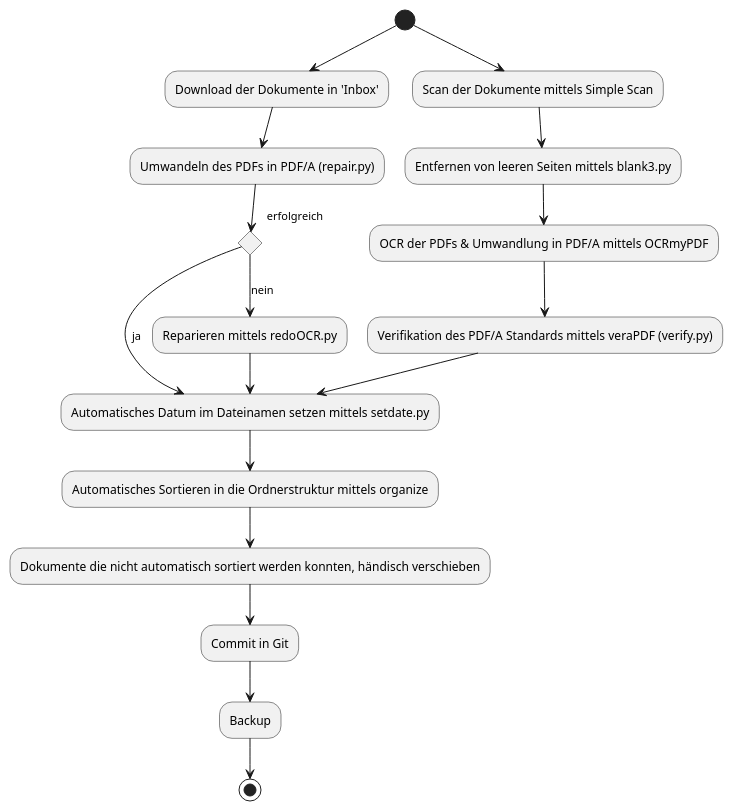
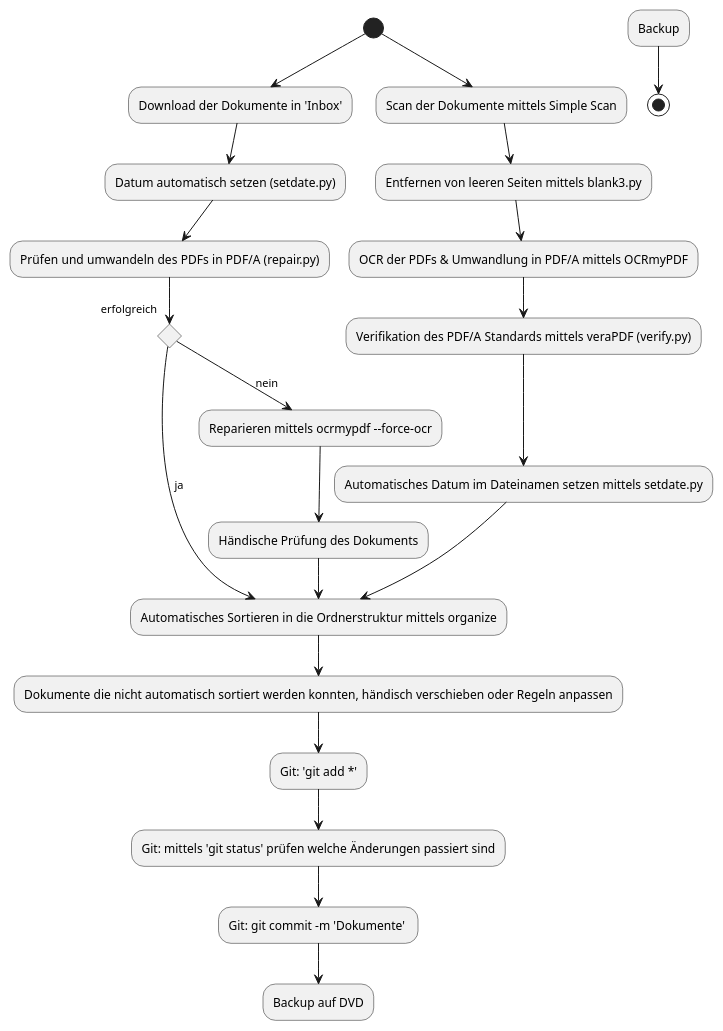
One commit to rsmuc/rsmuc.github.io changed the diagram in content/Paperless/workflows/workflow.plantuml. Above: the diagram before and after it, drawn with PlantUML. The commit also changed 8 other files, not shown here.

```diff
--- a/content/Paperless/workflows/workflow.plantuml
+++ b/content/Paperless/workflows/workflow.plantuml
@@ -1,22 +1,29 @@
 @startuml
 (*) --> "Download der Dokumente in 'Inbox'"
---> "Umwandeln des PDFs in PDF/A (repair.py)"
+--> "Datum automatisch setzen (setdate.py)"
+--> "Prüfen und umwandeln des PDFs in PDF/A (repair.py)"
 
 if "erfolgreich" then
---> [ja] "Automatisches Datum im Dateinamen setzen mittels setdate.py"
+--> [ja] "Automatisches Sortieren in die Ordnerstruktur mittels organize"
 
 else
---> [nein] "Reparieren mittels redoOCR.py"
---> "Automatisches Datum im Dateinamen setzen mittels setdate.py"
+--> [nein] "Reparieren mittels ocrmypdf --force-ocr"
+--> "Händische Prüfung des Dokuments"
+--> "Automatisches Sortieren in die Ordnerstruktur mittels organize"
 
 (*) --> "Scan der Dokumente mittels Simple Scan"
 --> "Entfernen von leeren Seiten mittels blank3.py"
 --> "OCR der PDFs & Umwandlung in PDF/A mittels OCRmyPDF"
 --> "Verifikation des PDF/A Standards mittels veraPDF (verify.py)"
 --> "Automatisches Datum im Dateinamen setzen mittels setdate.py"
+
+
+
 --> "Automatisches Sortieren in die Ordnerstruktur mittels organize"
---> "Dokumente die nicht automatisch sortiert werden konnten, händisch verschieben"
---> "Commit in Git"
---> "Backup"
+--> "Dokumente die nicht automatisch sortiert werden konnten, händisch verschieben oder Regeln anpassen"
+--> "Git: 'git add *'"
+--> "Git: mittels 'git status' prüfen welche Änderungen passiert sind"
+--> "Git: git commit -m 'Dokumente' "
+--> "Backup auf DVD"
 "Backup" --> (*)
 @enduml
```
